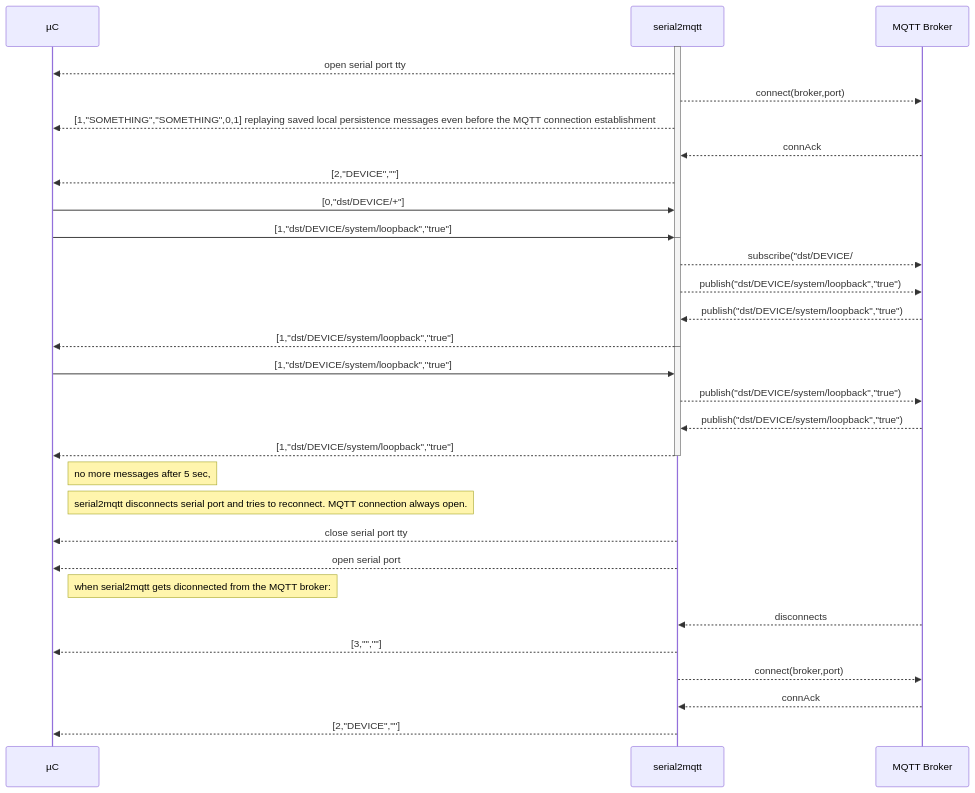
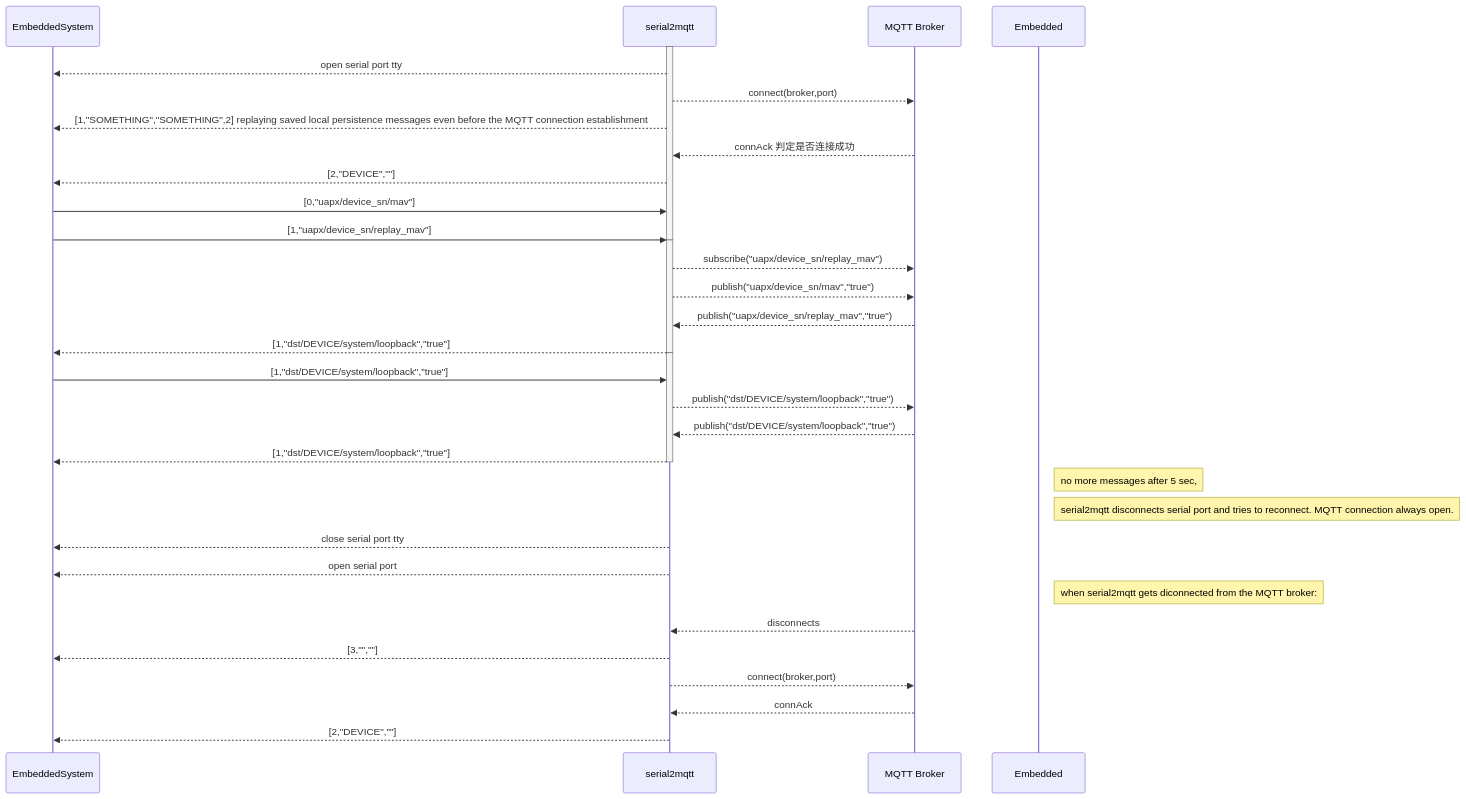
One commit to anewyee/QYee-OSS-SDK changed the first of 2 diagrams in serial2mqtt.md. Above: the diagram before and after it, drawn with Mermaid. The commit also changed other lines of this file, not shown here.

````diff
--- a/serial2mqtt.md
+++ b/serial2mqtt.md
@@ -2,42 +17,42 @@
 ```mermaid
 sequenceDiagram
-participant µC
+participant EmbeddedSystem
 participant serial2mqtt
 participant MQTT Broker
 
 activate serial2mqtt
-serial2mqtt-->>µC: open serial port tty
+serial2mqtt-->>EmbeddedSystem: open serial port tty
 serial2mqtt-->>MQTT Broker: connect(broker,port)
-serial2mqtt-->>µC: [1,"SOMETHING","SOMETHING",0,1]   replaying saved local persistence messages even before the MQTT connection establishment
-MQTT Broker -->> serial2mqtt: connAck
-serial2mqtt-->>µC: [2,"DEVICE",""]
-µC->> serial2mqtt: [0,"dst/DEVICE/+"]
-µC->> serial2mqtt : [1,"dst/DEVICE/system/loopback","true"]
+serial2mqtt-->>EmbeddedSystem: [1,"SOMETHING","SOMETHING",2]   replaying saved local persistence messages even before the MQTT connection establishment
+MQTT Broker -->> serial2mqtt: connAck 判定是否连接成功
+serial2mqtt-->>EmbeddedSystem: [2,"DEVICE",""]
+EmbeddedSystem->> serial2mqtt: [0,"uapx/device_sn/mav"]
+EmbeddedSystem->> serial2mqtt : [1,"uapx/device_sn/replay_mav"]
 deactivate serial2mqtt
 
 activate serial2mqtt
-serial2mqtt-->>MQTT Broker: subscribe("dst/DEVICE/#")
-serial2mqtt-->>MQTT Broker: publish("dst/DEVICE/system/loopback","true")
-MQTT Broker-->>serial2mqtt: publish("dst/DEVICE/system/loopback","true")
-serial2mqtt-->>µC : [1,"dst/DEVICE/system/loopback","true"]
+serial2mqtt-->>MQTT Broker: subscribe("uapx/device_sn/replay_mav")
+serial2mqtt-->>MQTT Broker: publish("uapx/device_sn/mav","true")
+MQTT Broker-->>serial2mqtt: publish("uapx/device_sn/replay_mav","true")
+serial2mqtt-->>EmbeddedSystem : [1,"dst/DEVICE/system/loopback","true"]
 deactivate serial2mqtt
 
 activate serial2mqtt
-µC->> serial2mqtt : [1,"dst/DEVICE/system/loopback","true"]
+EmbeddedSystem->> serial2mqtt : [1,"dst/DEVICE/system/loopback","true"]
 serial2mqtt-->>MQTT Broker: publish("dst/DEVICE/system/loopback","true")
 MQTT Broker-->>serial2mqtt: publish("dst/DEVICE/system/loopback","true")
-serial2mqtt-->>µC : [1,"dst/DEVICE/system/loopback","true"]
+serial2mqtt-->>EmbeddedSystem : [1,"dst/DEVICE/system/loopback","true"]
 deactivate serial2mqtt
 
-Note right of µC: no more messages after 5 sec, 
-Note right of µC: serial2mqtt disconnects serial port and tries to reconnect. MQTT connection always open.
-serial2mqtt-->>µC: close serial port tty
-serial2mqtt-->>µC: open serial port
+Note right of Embedded: no more messages after 5 sec, 
+Note right of Embedded: serial2mqtt disconnects serial port and tries to reconnect. MQTT connection always open.
+serial2mqtt-->>EmbeddedSystem: close serial port tty
+serial2mqtt-->>EmbeddedSystem: open serial port
 
-Note right of µC: when serial2mqtt gets diconnected from the MQTT broker:
+Note right of Embedded: when serial2mqtt gets diconnected from the MQTT broker:
 MQTT Broker-->>serial2mqtt: disconnects
-serial2mqtt-->>µC: [3,"",""]
+serial2mqtt-->>EmbeddedSystem: [3,"",""]
 serial2mqtt-->>MQTT Broker: connect(broker,port)
 MQTT Broker -->> serial2mqtt: connAck
-serial2mqtt-->>µC: [2,"DEVICE",""]
+serial2mqtt-->>EmbeddedSystem: [2,"DEVICE",""]
 ```
````
